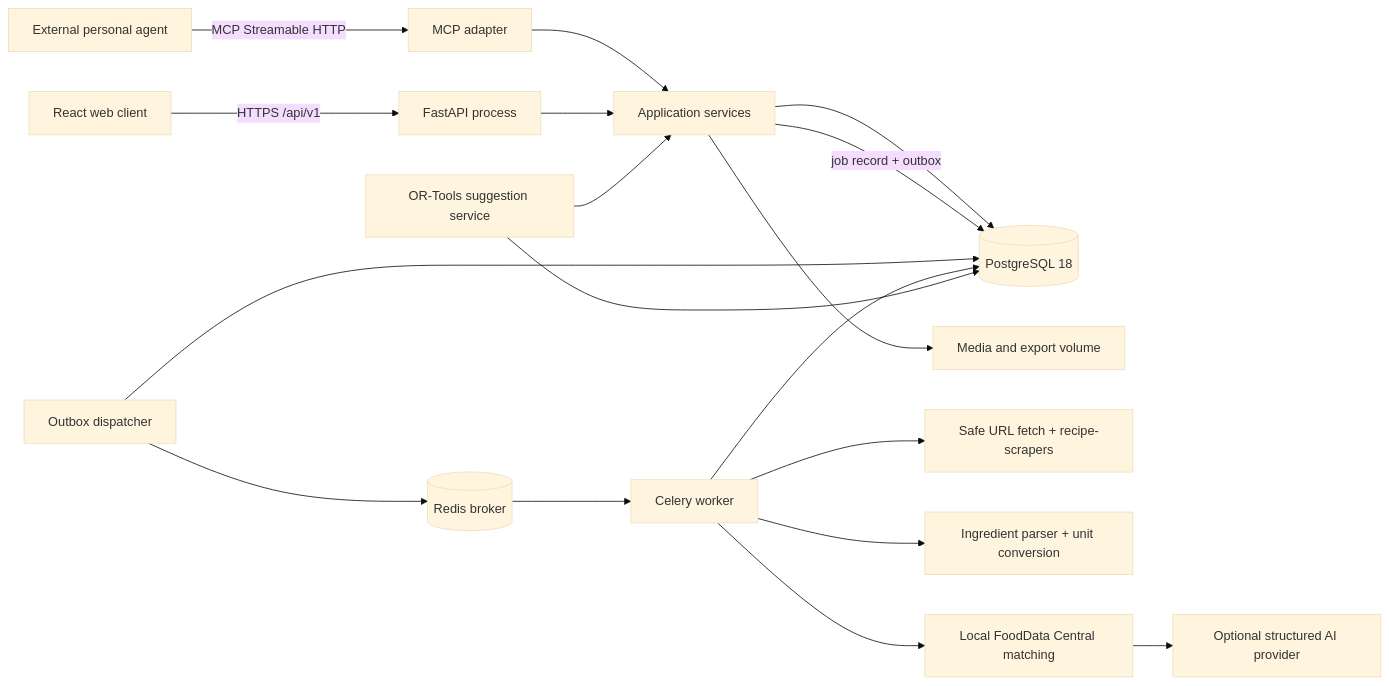
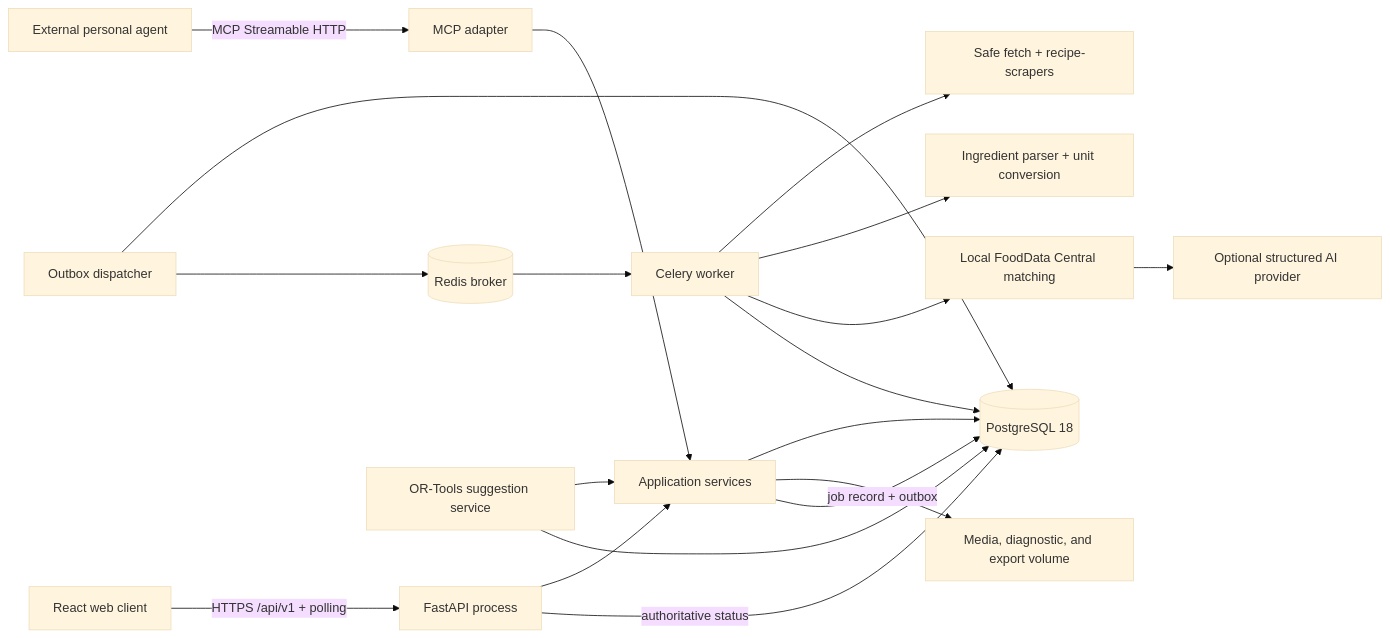
One commit to Koushik0901/cookfully changed the diagram in specs/001-nutrition-recipe-planner/plan.md. Above: the diagram before and after it, drawn with Mermaid (base theme). The commit also changed other lines of this file and 8 other files, not shown here.

````diff
--- a/specs/001-nutrition-recipe-planner/plan.md
+++ b/specs/001-nutrition-recipe-planner/plan.md
@@ -46,20 +50,21 @@
 ```mermaid
 flowchart LR
-    Browser["React web client"] -->|"HTTPS /api/v1"| API["FastAPI process"]
+    Browser["React web client"] -->|"HTTPS /api/v1 + polling"| API["FastAPI process"]
     Agent["External personal agent"] -->|"MCP Streamable HTTP"| MCP["MCP adapter"]
     MCP --> Services["Application services"]
     API --> Services
     Services --> DB[("PostgreSQL 18")]
-    Services --> Media["Media and export volume"]
+    Services --> Media["Media, diagnostic, and export volume"]
     Services -->|"job record + outbox"| DB
     Dispatcher["Outbox dispatcher"] --> DB
     Dispatcher --> Queue[("Redis broker")]
     Queue --> Worker["Celery worker"]
-    Worker --> Importer["Safe URL fetch + recipe-scrapers"]
+    Worker --> Importer["Safe fetch + recipe-scrapers"]
     Worker --> Parser["Ingredient parser + unit conversion"]
     Worker --> Matcher["Local FoodData Central matching"]
     Matcher --> OptionalAI["Optional structured AI provider"]
     Worker --> DB
+    API -->|"authoritative status"| DB
     Optimizer["OR-Tools suggestion service"] --> Services
     Optimizer --> DB
 ```
````
